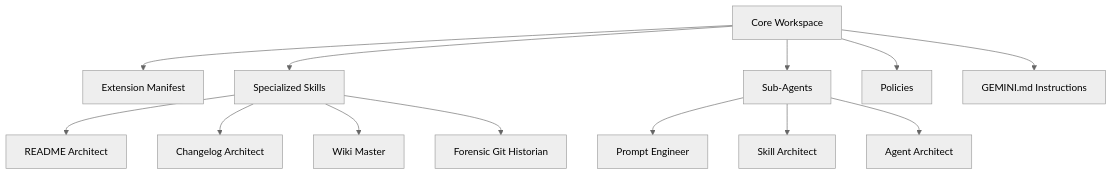
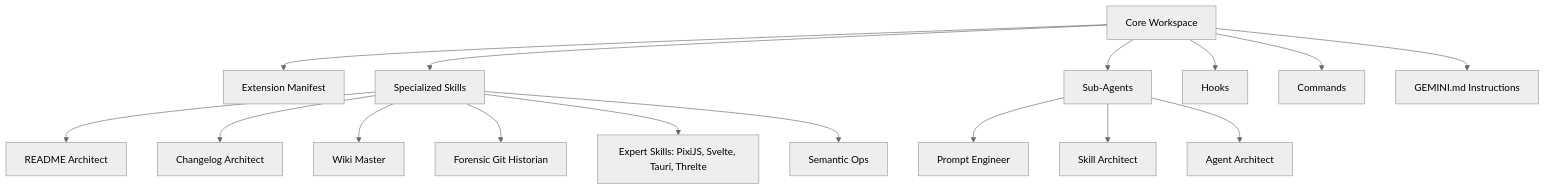
Before and after one commit to meyverick/gemini-blueprint: the diagram in README.md, drawn with Mermaid (neutral theme). The commit also changed other lines of this file and 3 other files, not shown here.

````diff
--- a/README.md
+++ b/README.md
@@ -42,18 +42,21 @@
 ```mermaid
 graph TD
     A[Core Workspace] --> B[Extension Manifest]
     A --> C[Specialized Skills]
     A --> D[Sub-Agents]
     
-    A --> P[Policies]
+    A --> H[Hooks]
+    A --> M[Commands]
     A --> G[GEMINI.md Instructions]
     
     C --> C1[README Architect]
     C --> C2[Changelog Architect]
     C --> C3[Wiki Master]
     C --> C4[Forensic Git Historian]
+    C --> C5[Expert Skills: PixiJS, Svelte, Tauri, Threlte]
+    C --> C6[Semantic Ops]
     
     D --> D1[Prompt Engineer]
     D --> D2[Skill Architect]
     D --> D3[Agent Architect]
 ```
````
